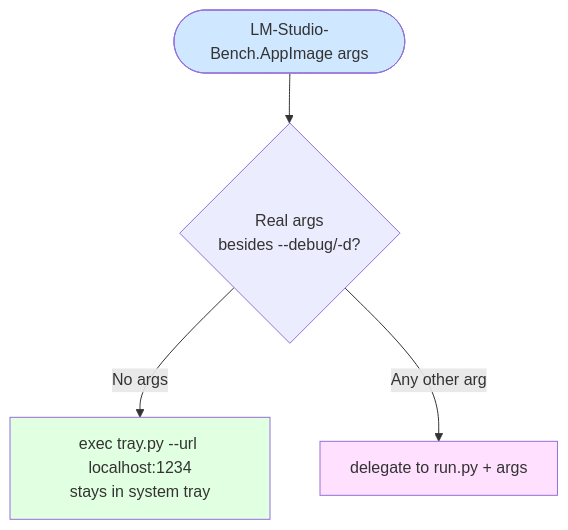
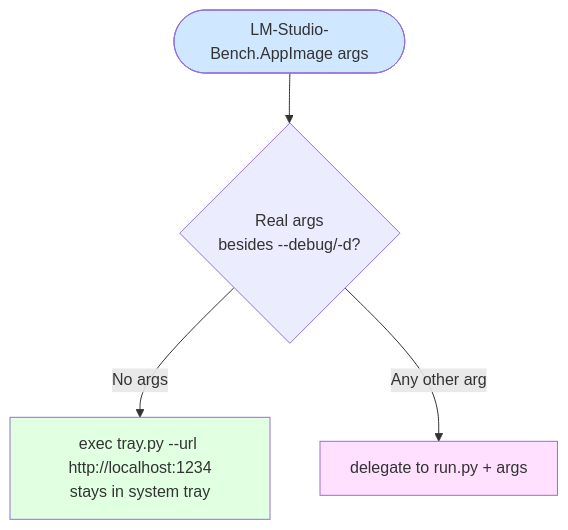
The second of 12 diagrams in docs/ARCHITECTURE.md (Ajimaru/LM-Studio-Bench), drawn with Mermaid before and after one commit.

Commit message:
docs(architecture): fix tray-only URL example to include http scheme

````diff
--- a/docs/ARCHITECTURE.md
+++ b/docs/ARCHITECTURE.md
@@ -99,10 +99,10 @@
 ```mermaid
 flowchart TD
     AppImg([LM-Studio-Bench.AppImage args]) --> CheckArgs{Real args<br/>besides --debug/-d?}
-    CheckArgs -->|No args| TrayOnly[exec tray.py --url localhost:1234<br/>stays in system tray]
+    CheckArgs -->|No args| TrayOnly[exec tray.py --url http://localhost:1234<br/>stays in system tray]
     CheckArgs -->|Any other arg| RunPy[delegate to run.py + args]
 
     style AppImg fill:#d0e8ff
     style TrayOnly fill:#e1ffe1
     style RunPy fill:#ffe1ff
 ```
````
